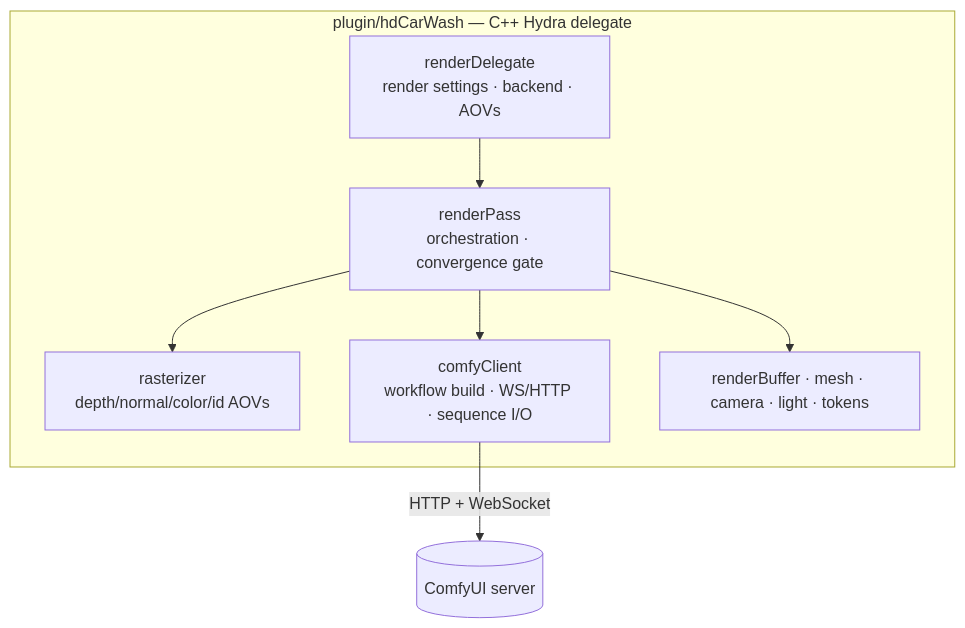
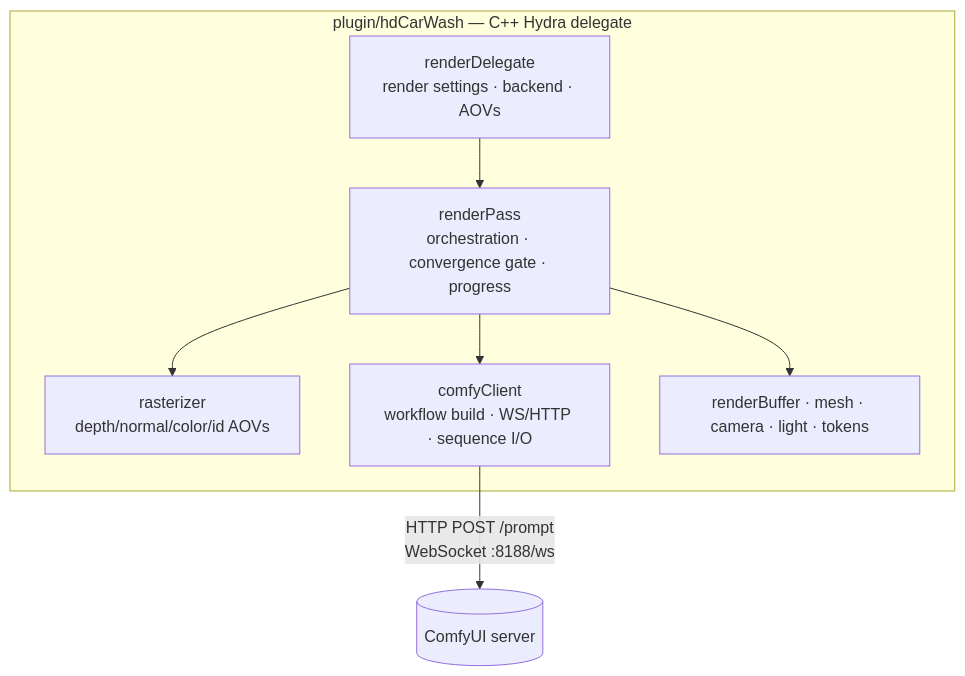
The third of 3 diagrams in README.md (JosephOIbrahim/CarWash), drawn with Mermaid before and after one commit. The commit also changed other lines of this file and 1 other file, not shown here.

````diff
--- a/README.md
+++ b/README.md
@@ -67,15 +72,15 @@
 ```mermaid
 flowchart TB
     subgraph Plugin["plugin/hdCarWash — C++ Hydra delegate"]
         RD["renderDelegate<br/>render settings · backend · AOVs"]
-        RP["renderPass<br/>orchestration · convergence gate"]
+        RP["renderPass<br/>orchestration · convergence gate · progress"]
         RZ["rasterizer<br/>depth/normal/color/id AOVs"]
         CC["comfyClient<br/>workflow build · WS/HTTP · sequence I/O"]
         SUP["renderBuffer · mesh · camera · light · tokens"]
     end
     RD --> RP
     RP --> RZ
     RP --> CC
     RP --> SUP
-    CC -->|"HTTP + WebSocket"| Comfy[("ComfyUI server")]
+    CC -->|"HTTP POST /prompt<br/>WebSocket :8188/ws"| Comfy[("ComfyUI server")]
 ```
````
